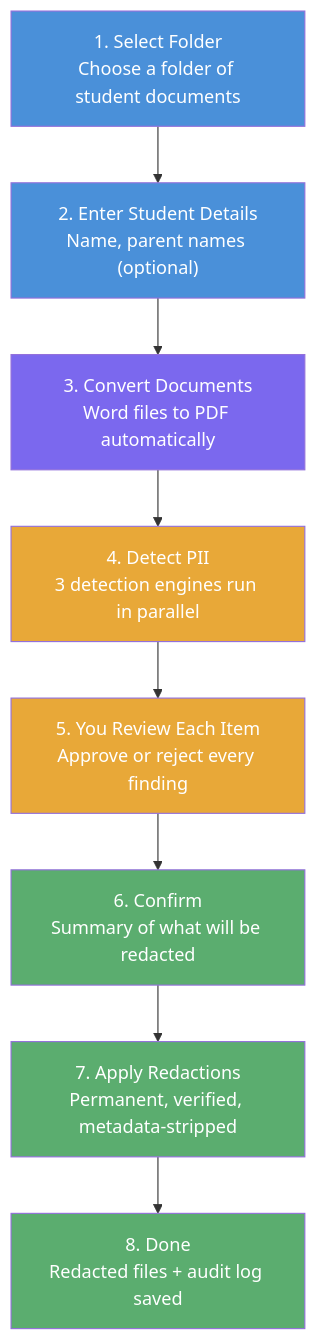
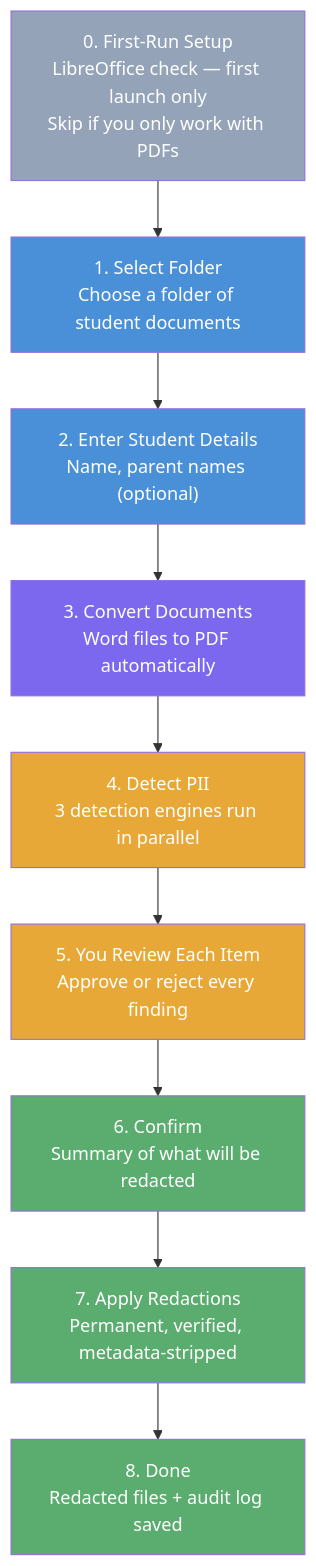
The first of 3 diagrams in README.md (mrdavearms/student-doc-redactor), drawn with Mermaid before and after one commit. The commit also changed other lines of this file, not shown here.

First line of the commit message:
docs: update README for v1.1 — roadmap, workflow diagram, and setup screen

````diff
--- a/README.md
+++ b/README.md
@@ -74,20 +74,22 @@
 ```mermaid
 flowchart TD
+    S["0. First-Run Setup\nLibreOffice check — first launch only\nSkip if you only work with PDFs"] --> A
     A["1. Select Folder\nChoose a folder of student documents"] --> B
     B["2. Enter Student Details\nName, parent names (optional)"] --> C
     C["3. Convert Documents\nWord files to PDF automatically"] --> D
     D["4. Detect PII\n3 detection engines run in parallel"] --> E
     E["5. You Review Each Item\nApprove or reject every finding"] --> F
     F["6. Confirm\nSummary of what will be redacted"] --> G
     G["7. Apply Redactions\nPermanent, verified, metadata-stripped"] --> H
     H["8. Done\nRedacted files + audit log saved"]
 
+    style S fill:#94A3B8,color:#fff
     style A fill:#4A90D9,color:#fff
     style B fill:#4A90D9,color:#fff
     style C fill:#7B68EE,color:#fff
     style D fill:#E8A838,color:#fff
     style E fill:#E8A838,color:#fff
     style F fill:#5BAD6F,color:#fff
     style G fill:#5BAD6F,color:#fff
     style H fill:#5BAD6F,color:#fff
 ```
````
